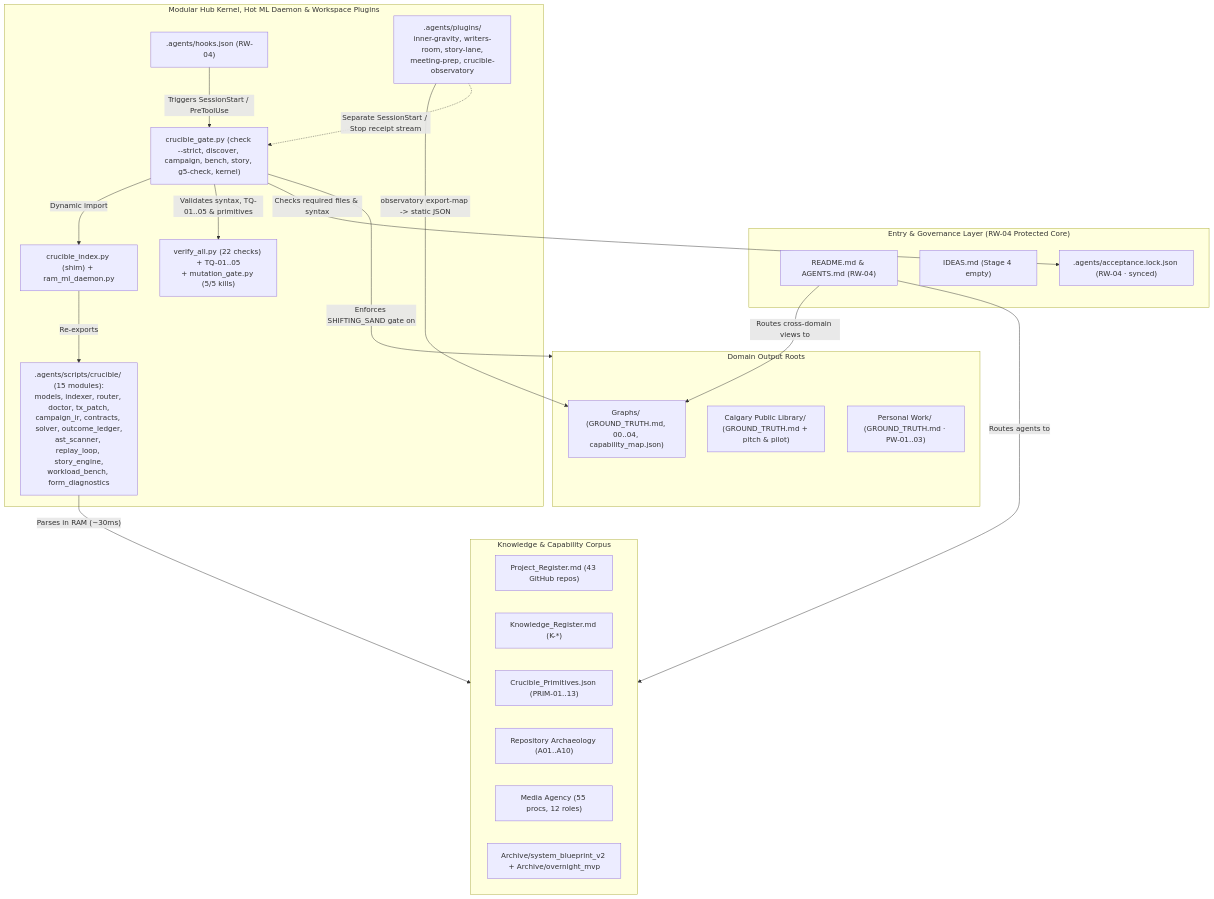
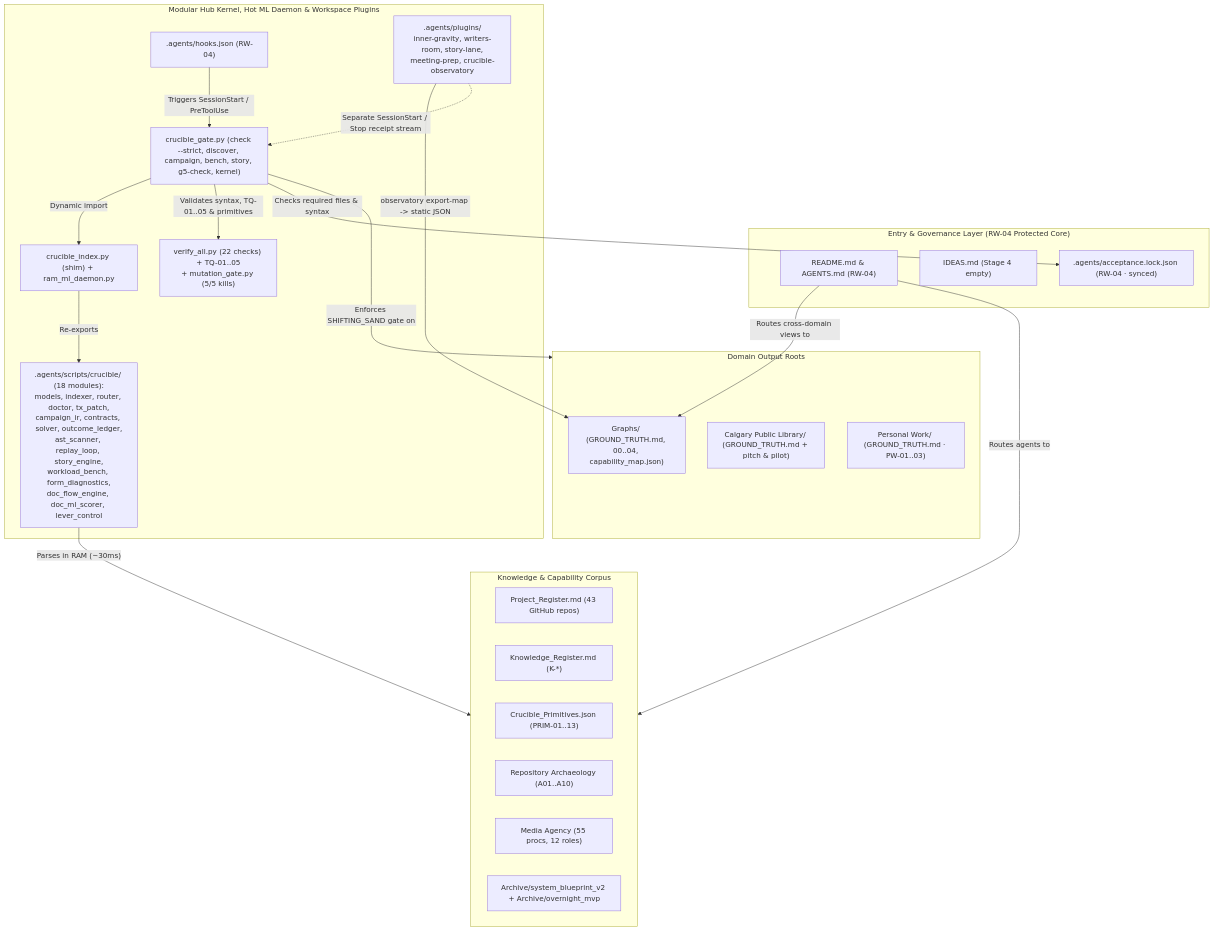
Before and after one commit to guarani-ux/Crucible-Domain: the diagram in Graphs/00_System_Atlas_and_Neon_Handoff.md, drawn with Mermaid. The commit also changed other lines of this file and 10 other files, not shown here.

Commit message:
feat(bench): add 4-layer offline flow AST, 6-role board, org charter, 40-feature ML scorer, and lever steering CLI

````diff
--- a/Graphs/00_System_Atlas_and_Neon_Handoff.md
+++ b/Graphs/00_System_Atlas_and_Neon_Handoff.md
@@ -37,44 +37,44 @@
 ```mermaid
 flowchart TD
     subgraph ENTRY["Entry & Governance Layer (RW-04 Protected Core)"]
         README["README.md & AGENTS.md (RW-04)"]
         IDEAS["IDEAS.md (Stage 4 empty)"]
         LOCK[".agents/acceptance.lock.json (RW-04 · synced)"]
     end
 
     subgraph KNOWLEDGE["Knowledge & Capability Corpus"]
         PROJ["Project_Register.md (43 GitHub repos)"]
         KNOW["Knowledge_Register.md (K-*)"]
         PRIM["Crucible_Primitives.json (PRIM-01..13)"]
         ARCH["Repository Archaeology (A01..A10)"]
         MEDIA["Media Agency (55 procs, 12 roles)"]
         BLUE["Archive/system_blueprint_v2 + Archive/overnight_mvp"]
     end
 
     subgraph RUNTIME["Modular Hub Kernel, Hot ML Daemon & Workspace Plugins"]
         HOOKS[".agents/hooks.json (RW-04)"]
         GATE["crucible_gate.py (check --strict, discover, campaign, bench, story, g5-check, kernel)"]
         SHIM["crucible_index.py (shim) + ram_ml_daemon.py"]
-        PKG[".agents/scripts/crucible/ (15 modules):\nmodels, indexer, router, doctor, tx_patch,\ncampaign_ir, contracts, solver, outcome_ledger,\nast_scanner, replay_loop, story_engine,\nworkload_bench, form_diagnostics"]
+        PKG[".agents/scripts/crucible/ (18 modules):\nmodels, indexer, router, doctor, tx_patch,\ncampaign_ir, contracts, solver, outcome_ledger,\nast_scanner, replay_loop, story_engine,\nworkload_bench, form_diagnostics,\ndoc_flow_engine, doc_ml_scorer, lever_control"]
         TQ["verify_all.py (22 checks) + TQ-01..05\n+ mutation_gate.py (5/5 kills)"]
         IG_PLUG[".agents/plugins/\ninner-gravity, writers-room, story-lane,\nmeeting-prep, crucible-observatory"]
     end
 
     subgraph OUTPUTS["Domain Output Roots"]
         GRAPHS["Graphs/ (GROUND_TRUTH.md, 00..04, capability_map.json)"]
         CPL["Calgary Public Library/ (GROUND_TRUTH.md + pitch & pilot)"]
         PERS["Personal Work/ (GROUND_TRUTH.md · PW-01..03)"]
     end
 
     HOOKS -->|"Triggers SessionStart / PreToolUse"| GATE
     GATE -->|"Dynamic import"| SHIM
     SHIM -->|"Re-exports"| PKG
     PKG -->|"Parses in RAM (~30ms)"| KNOWLEDGE
     IG_PLUG -->|"observatory export-map -> static JSON"| GRAPHS
     GATE -->|"Enforces SHIFTING_SAND gate on"| OUTPUTS
     GATE -->|"Validates syntax, TQ-01..05 & primitives"| TQ
     GATE -->|"Checks required files & syntax"| LOCK
     README -->|"Routes agents to"| KNOWLEDGE
     README -->|"Routes cross-domain views to"| GRAPHS
     IG_PLUG -.->|"Separate SessionStart / Stop receipt stream"| GATE
 ```
````
